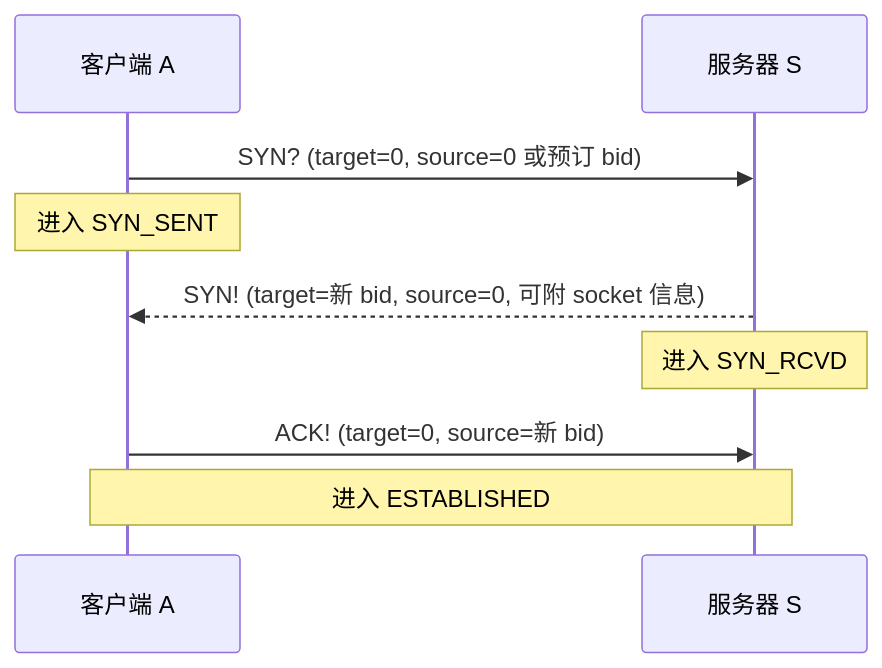
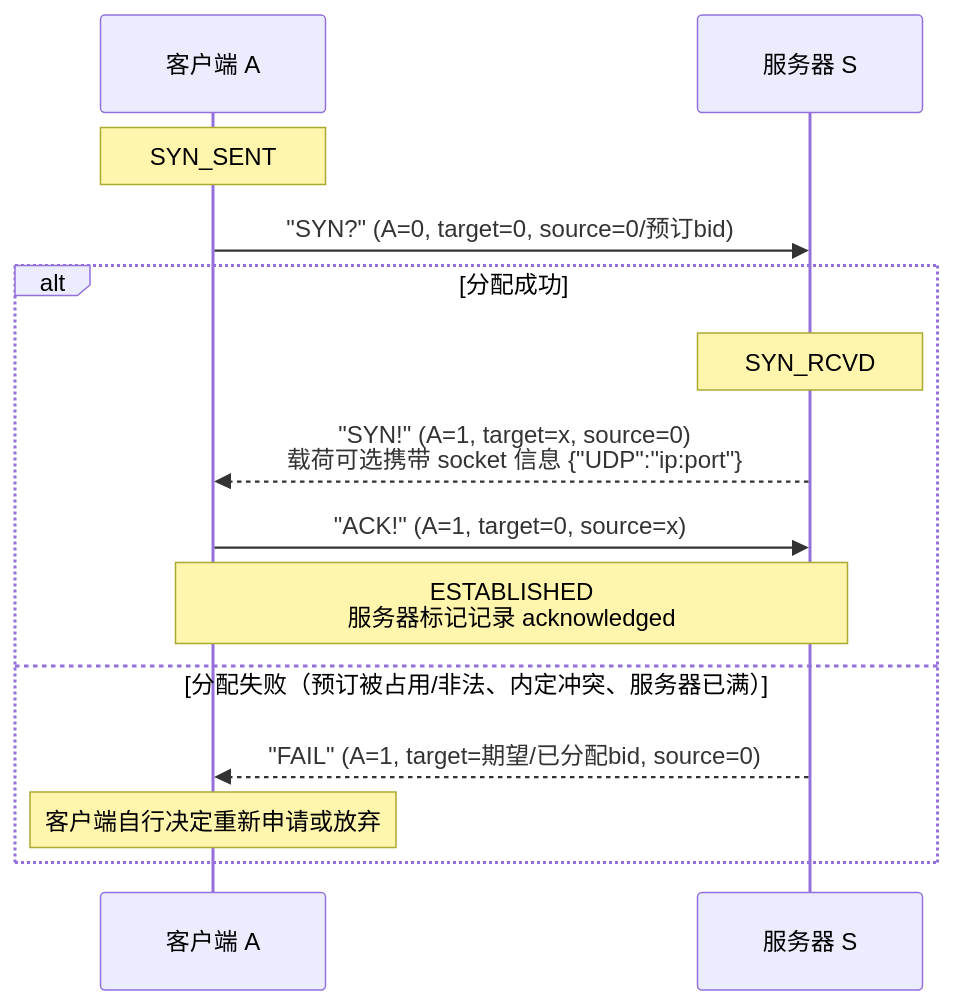
The first of 5 diagrams in docs/workflow.md (moky/magpie), drawn with Mermaid before and after one commit. The commit also changed other lines of this file and 11 other files, not shown here.

````diff
--- a/docs/workflow.md
+++ b/docs/workflow.md
@@ -26,12 +33,17 @@
 ```mermaid
 sequenceDiagram
     participant A as 客户端 A
     participant S as 服务器 S
 
-    A->>S: SYN? (target=0, source=0 或预订 bid)
-    Note over A: 进入 SYN_SENT
-    S-->>A: SYN! (target=新 bid, source=0, 可附 socket 信息)
-    Note over S: 进入 SYN_RCVD
-    A->>S: ACK! (target=0, source=新 bid)
-    Note over A,S: 进入 ESTABLISHED
+    Note over A: SYN_SENT
+    A->>S: "SYN?" (A=0, target=0, source=0/预订bid)
+    alt 分配成功
+        Note over S: SYN_RCVD
+        S-->>A: "SYN!" (A=1, target=x, source=0)<br/>载荷可选携带 socket 信息 {"UDP":"ip:port"}
+        A->>S: "ACK!" (A=1, target=0, source=x)
+        Note over A, S: ESTABLISHED<br/>服务器标记记录 acknowledged
+    else 分配失败（预订被占用/非法、内定冲突、服务器已满）
+        S-->>A: "FAIL" (A=1, target=期望/已分配bid, source=0)
+        Note over A: 客户端自行决定重新申请或放弃
+    end
 ```
````
